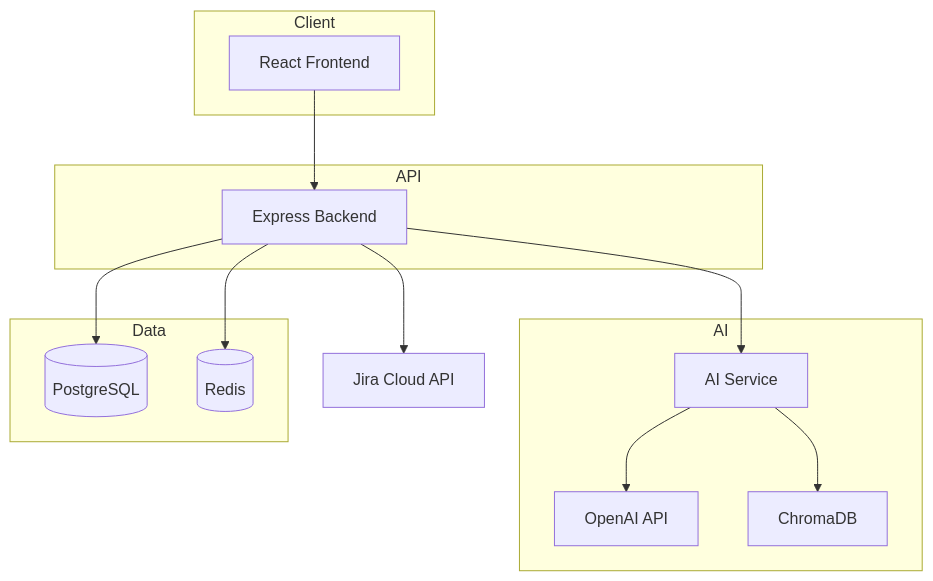
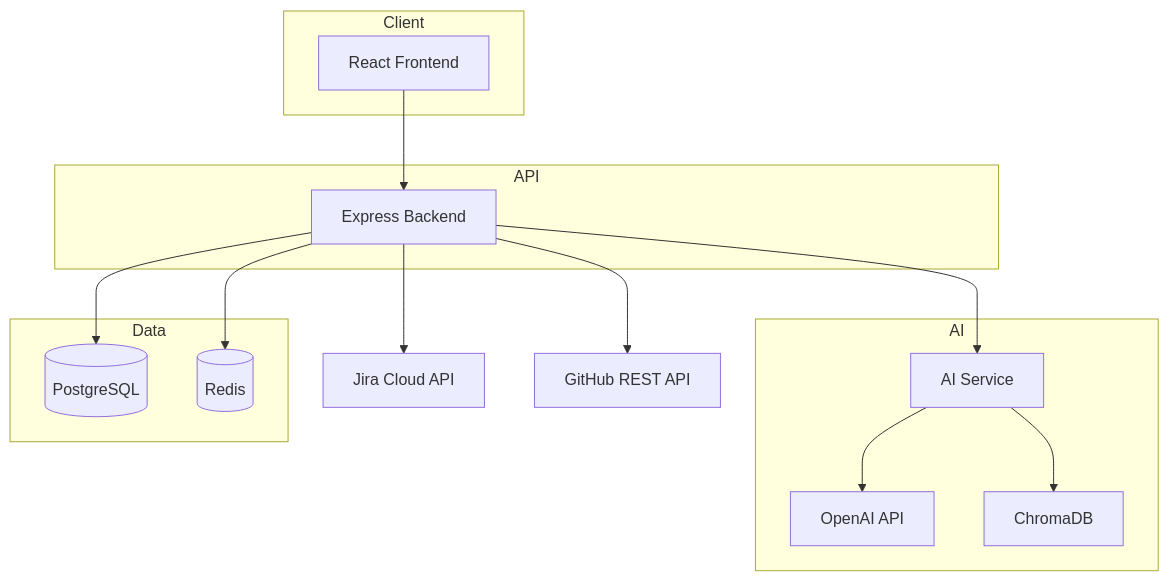
Before and after one commit to vibhu2208/duo-demo: the diagram in docs/ARCHITECTURE.md, drawn with Mermaid. The commit also changed other lines of this file and 24 other files, not shown here.

````diff
--- a/docs/ARCHITECTURE.md
+++ b/docs/ARCHITECTURE.md
@@ -50,31 +64,33 @@
 ```mermaid
 flowchart TB
     subgraph Client
         FE[React Frontend]
     end
 
     subgraph API
         BE[Express Backend]
     end
 
     subgraph AI
         AIS[AI Service]
         OAI[OpenAI API]
         CHR[ChromaDB]
     end
 
     subgraph Data
         PG[(PostgreSQL)]
         RD[(Redis)]
     end
 
     JIRA[Jira Cloud API]
+    GH[GitHub REST API]
 
     FE --> BE
     BE --> PG
     BE --> RD
     BE --> AIS
     BE --> JIRA
+    BE --> GH
     AIS --> OAI
     AIS --> CHR
 ```
````
